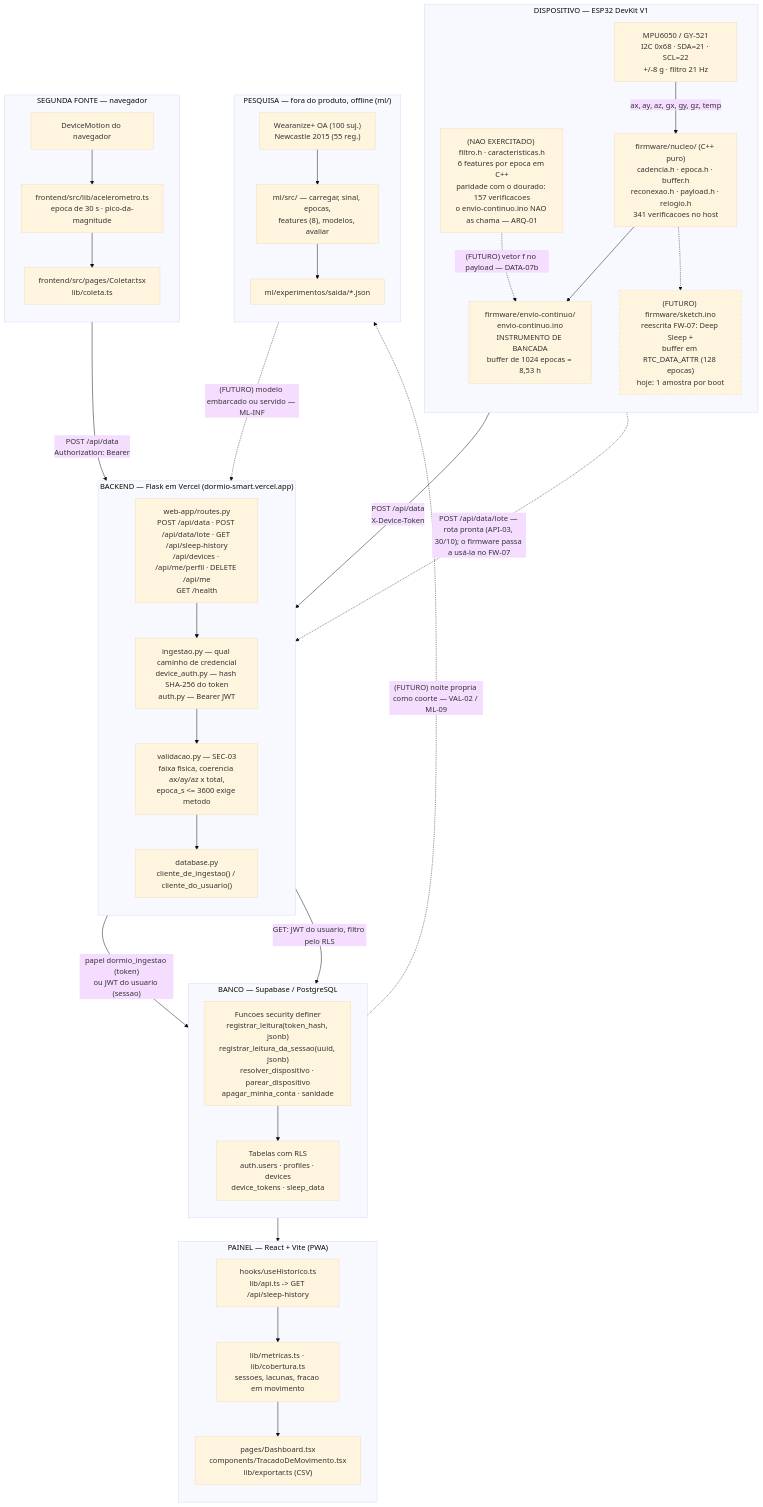
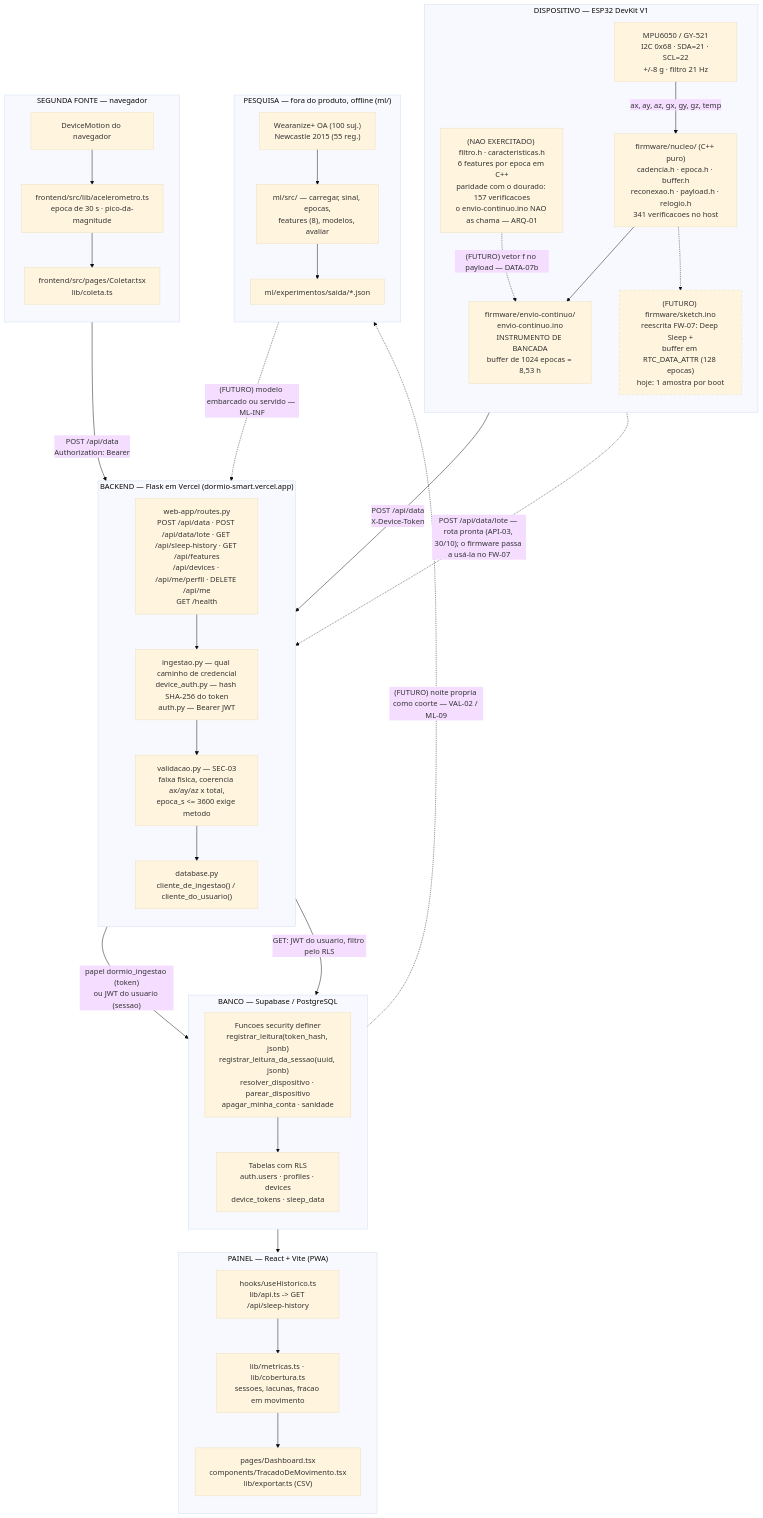
The diagram in docs/diagramas/DIAG-01-arquitetura.md (vitormendes4072/DormioSmart), drawn with Mermaid (base theme) before and after one commit. The commit also changed 25 other files, not shown here.

````diff
--- a/docs/diagramas/DIAG-01-arquitetura.md
+++ b/docs/diagramas/DIAG-01-arquitetura.md
@@ -29,68 +29,68 @@
 ```mermaid
 flowchart TB
     subgraph DISP["DISPOSITIVO — ESP32 DevKit V1"]
         direction TB
         MPU["MPU6050 / GY-521<br/>I2C 0x68 · SDA=21 · SCL=22<br/>+/-8 g · filtro 21 Hz"]
         NUC["firmware/nucleo/ (C++ puro)<br/>cadencia.h · epoca.h · buffer.h<br/>reconexao.h · payload.h · relogio.h<br/>341 verificacoes no host"]
         FEAT["(NAO EXERCITADO) filtro.h · caracteristicas.h<br/>6 features por epoca em C++<br/>paridade com o dourado: 157 verificacoes<br/>o envio-continuo.ino NAO as chama — ARQ-01"]
         ENV["firmware/envio-continuo/<br/>envio-continuo.ino<br/>INSTRUMENTO DE BANCADA<br/>buffer de 1024 epocas = 8,53 h"]
         SKT["(FUTURO) firmware/sketch.ino<br/>reescrita FW-07: Deep Sleep +<br/>buffer em RTC_DATA_ATTR (128 epocas)<br/>hoje: 1 amostra por boot"]
         MPU -->|"ax, ay, az, gx, gy, gz, temp"| NUC
         NUC --> ENV
         FEAT -.->|"(FUTURO) vetor f no payload — DATA-07b"| ENV
         NUC -.-> SKT
     end
 
     subgraph CEL["SEGUNDA FONTE — navegador"]
         direction TB
         DM["DeviceMotion do navegador"]
         ACEL["frontend/src/lib/acelerometro.ts<br/>epoca de 30 s · pico-da-magnitude"]
         COL["frontend/src/pages/Coletar.tsx<br/>lib/coleta.ts"]
         DM --> ACEL --> COL
     end
 
     subgraph API["BACKEND — Flask em Vercel (dormio-smart.vercel.app)"]
         direction TB
-        RT["web-app/routes.py<br/>POST /api/data · POST /api/data/lote · GET /api/sleep-history<br/>/api/devices · /api/me/perfil · DELETE /api/me<br/>GET /health"]
+        RT["web-app/routes.py<br/>POST /api/data · POST /api/data/lote · GET /api/sleep-history · GET /api/features<br/>/api/devices · /api/me/perfil · DELETE /api/me<br/>GET /health"]
         ING["ingestao.py — qual caminho de credencial<br/>device_auth.py — hash SHA-256 do token<br/>auth.py — Bearer JWT"]
         VAL["validacao.py — SEC-03<br/>faixa fisica, coerencia ax/ay/az x total,<br/>epoca_s <= 3600 exige metodo"]
         DB["database.py<br/>cliente_de_ingestao() / cliente_do_usuario()"]
         RT --> ING --> VAL --> DB
     end
 
     subgraph SUP["BANCO — Supabase / PostgreSQL"]
         direction TB
         FN["Funcoes security definer<br/>registrar_leitura(token_hash, jsonb)<br/>registrar_leitura_da_sessao(uuid, jsonb)<br/>resolver_dispositivo · parear_dispositivo<br/>apagar_minha_conta · sanidade"]
         TB["Tabelas com RLS<br/>auth.users · profiles · devices<br/>device_tokens · sleep_data"]
         FN --> TB
     end
 
     subgraph WEB["PAINEL — React + Vite (PWA)"]
         direction TB
         HIST["hooks/useHistorico.ts<br/>lib/api.ts -> GET /api/sleep-history"]
         MET["lib/metricas.ts · lib/cobertura.ts<br/>sessoes, lacunas, fracao em movimento"]
         DASH["pages/Dashboard.tsx<br/>components/TracadoDeMovimento.tsx<br/>lib/exportar.ts (CSV)"]
         HIST --> MET --> DASH
     end
 
     ENV -->|"POST /api/data<br/>X-Device-Token"| RT
     SKT -.->|"POST /api/data/lote — rota pronta (API-03, 30/10); o firmware passa a usá-la no FW-07"| RT
     COL -->|"POST /api/data<br/>Authorization: Bearer"| RT
     DB -->|"papel dormio_ingestao (token)<br/>ou JWT do usuario (sessao)"| FN
     DB -->|"GET: JWT do usuario, filtro pelo RLS"| TB
     TB --> HIST
 
     subgraph OFF["PESQUISA — fora do produto, offline (ml/)"]
         direction TB
         DS["Wearanize+ OA (100 suj.)<br/>Newcastle 2015 (55 reg.)"]
         PIPE["ml/src/ — carregar, sinal, epocas,<br/>features (8), modelos, avaliar"]
         RES["ml/experimentos/saida/*.json"]
         DS --> PIPE --> RES
     end
 
     RES -.->|"(FUTURO) modelo embarcado ou servido — ML-INF"| RT
     TB -.->|"(FUTURO) noite propria como coorte — VAL-02 / ML-09"| PIPE
 
     classDef futuro stroke-dasharray: 6 4;
     class SKT futuro;
 ```
````
